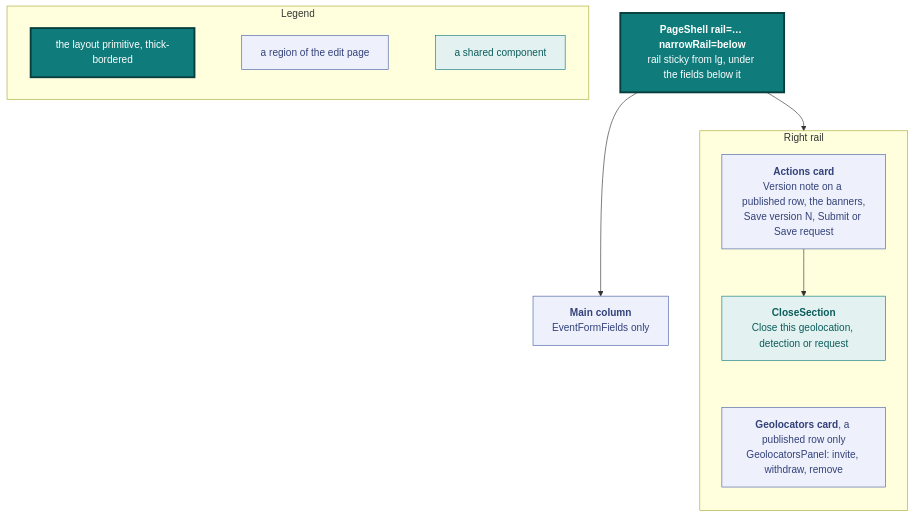
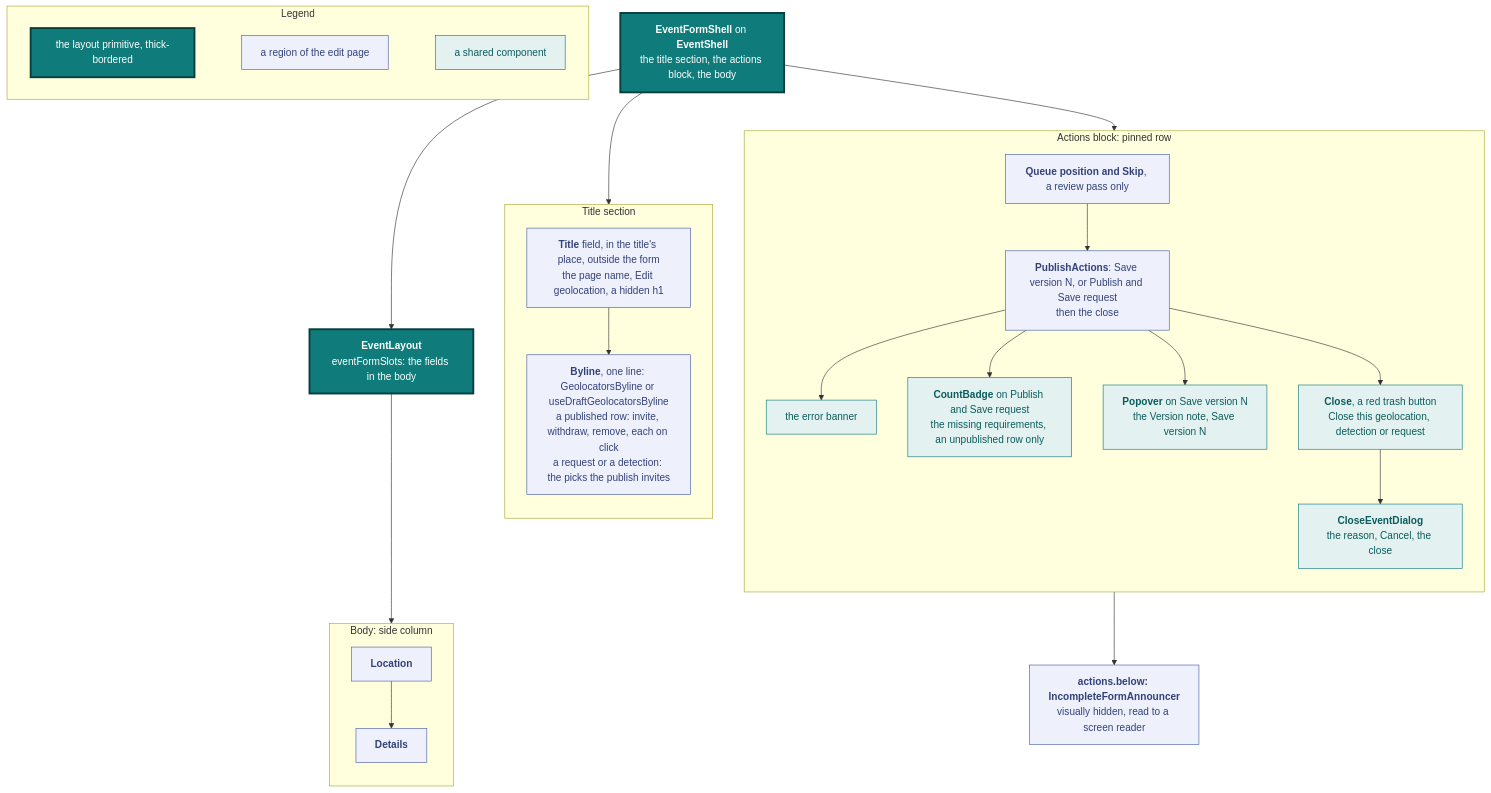
One commit to vidithq/vidit changed diagram 11 of 16 in docs/design.md. Above: the diagram before and after it, drawn with Mermaid. The commit also changed other lines of this file and 617 other files, not shown here.

````diff
--- a/docs/design.md
+++ b/docs/design.md
@@ -778,35 +1046,63 @@
 ```mermaid
 flowchart TB
   classDef spec fill:#eef1fb,stroke:#4a5fa5,color:#33417a
   classDef shared fill:#e3f2f1,stroke:#0f7b7a,color:#0b5c5b
   classDef core fill:#0f7b7a,stroke:#083f3e,stroke-width:3px,color:#ffffff
 
   subgraph legend [Legend]
     direction LR
     l1["`the layout primitive, thick-bordered`"]:::core
     l2["`a region of the edit page`"]:::spec
     l3["`a shared component`"]:::shared
     l1 ~~~ l2 ~~~ l3
   end
 
-  shell["`**PageShell rail=… narrowRail=below**
-  rail sticky from lg, under the fields below it`"]:::core
-  fields["`**Main column**
-  EventFormFields only`"]:::spec
+  shell["`**EventFormShell** on **EventShell**
+  the title section, the actions block, the body`"]:::core
+  layout["`**EventLayout**
+  eventFormSlots: the fields in the body`"]:::core
 
-  subgraph rail [Right rail]
+  subgraph titlesection [Title section]
     direction TB
-    actions["`**Actions card**
-    Version note on a published row, the banners,
-    Save version N, Submit or Save request`"]:::spec
-    close["`**CloseSection**
-    Close this geolocation, detection or request`"]:::shared
-    credit["`**Geolocators card**, a published row only
-    GeolocatorsPanel: invite, withdraw, remove`"]:::spec
-    actions --> close
-    close ~~~ credit
+    title["`**Title** field, in the title's place, outside the form
+    the page name, Edit geolocation, a hidden h1`"]:::spec
+    byline["`**Byline**, one line: GeolocatorsByline or useDraftGeolocatorsByline
+    a published row: invite, withdraw, remove, each on click
+    a request or a detection: the picks the publish invites`"]:::spec
+    title --> byline
   end
 
-  shell --> fields
-  shell --> rail
+  subgraph rail [Actions block: pinned row]
+    direction TB
+    queue["`**Queue position and Skip**, a review pass only`"]:::spec
+    actions["`**PublishActions**: Save version N, or Publish and Save request
+    then the close`"]:::spec
+    count["`**CountBadge** on Publish and Save request
+    the missing requirements, an unpublished row only`"]:::shared
+    banner["`the error banner`"]:::shared
+    popover["`**Popover** on Save version N
+    the Version note, Save version N`"]:::shared
+    close["`**Close**, a red trash button
+    Close this geolocation, detection or request`"]:::shared
+    dialog["`**CloseEventDialog**
+    the reason, Cancel, the close`"]:::shared
+    queue --> actions --> banner
+    actions --> count
+    actions --> popover
+    actions --> close --> dialog
+  end
+
+  note["`**actions.below: IncompleteFormAnnouncer**
+  visually hidden, read to a screen reader`"]:::spec
+
+  subgraph side [Body: side column]
+    direction TB
+    location["`**Location**`"]:::spec
+    details["`**Details**`"]:::spec
+    location --> details
+  end
+
+  shell --> titlesection
+  shell --> rail --> note
+  shell --> layout --> side
 ```
````
